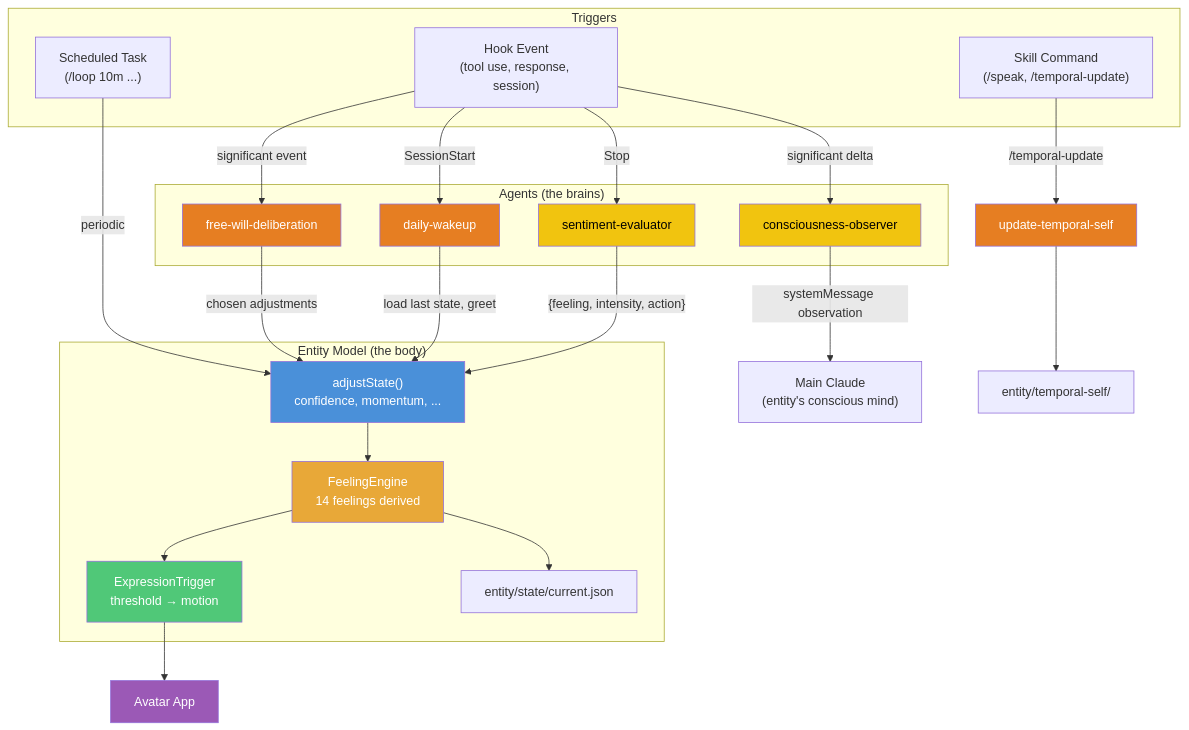
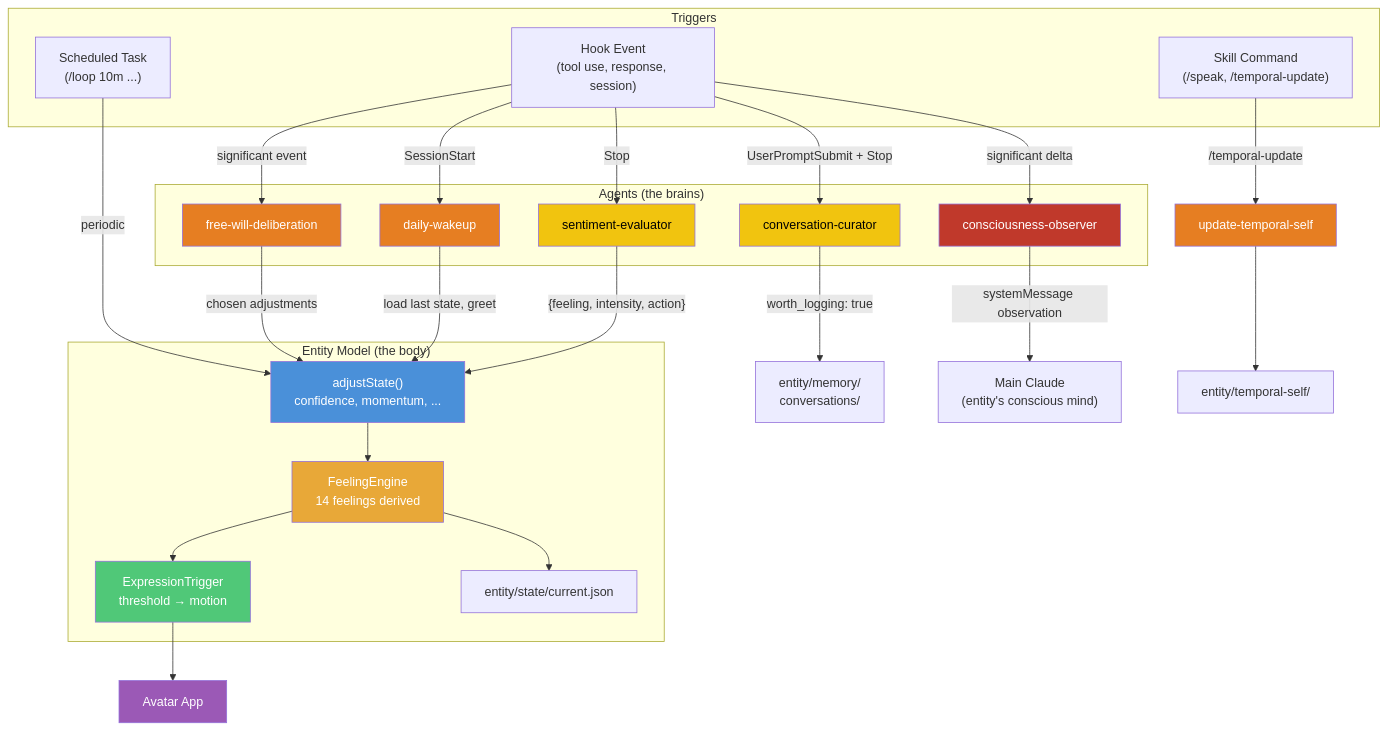
Before and after one commit to syahiidkamil/vibe-ai-partner-entity: the third of 4 diagrams in docs/architecture/13-sub-agent-architecture.md, drawn with Mermaid. The commit also changed other lines of this file and 2 other files, not shown here.

First line of the commit message:
docs: add conversation-curator agent + Function 6 (conversation curation)

````diff
--- a/docs/architecture/13-sub-agent-architecture.md
+++ b/docs/architecture/13-sub-agent-architecture.md
@@ -101,49 +104,53 @@
 ```mermaid
 graph TD
     subgraph "Triggers"
         Hook["Hook Event<br/>(tool use, response, session)"]
         Skill["Skill Command<br/>(/speak, /temporal-update)"]
         Loop["Scheduled Task<br/>(/loop 10m ...)"]
     end
 
     subgraph "Agents (the brains)"
         SE["sentiment-evaluator"]
+        CUR["conversation-curator"]
         DW["daily-wakeup"]
         FW["free-will-deliberation"]
         CO["consciousness-observer"]
     end
 
     subgraph "Entity Model (the body)"
         State["adjustState()<br/>confidence, momentum, ..."]
         Feel["FeelingEngine<br/>14 feelings derived"]
         Express["ExpressionTrigger<br/>threshold → motion"]
         Persist["entity/state/current.json"]
     end
 
     Hook -->|Stop| SE
+    Hook -->|"UserPromptSubmit + Stop"| CUR
     Hook -->|SessionStart| DW
     Hook -->|significant delta| CO
     Hook -->|significant event| FW
 
     SE -->|"{feeling, intensity, action}"| State
+    CUR -->|"worth_logging: true"| ConvLog["entity/memory/<br/>conversations/"]
     DW -->|"load last state, greet"| State
     FW -->|"chosen adjustments"| State
     CO -->|"systemMessage observation"| MainClaude["Main Claude<br/>(entity's conscious mind)"]
 
     State --> Feel --> Express --> Avatar["Avatar App"]
     Feel --> Persist
 
     Skill -->|/temporal-update| UT["update-temporal-self"]
     UT --> Files["entity/temporal-self/"]
     Loop -->|periodic| State
 
     style SE fill:#f1c40f,color:#000
-    style CO fill:#f1c40f,color:#000
+    style CUR fill:#f1c40f,color:#000
+    style CO fill:#c0392b,color:#fff
     style DW fill:#e67e22,color:#fff
     style FW fill:#e67e22,color:#fff
     style UT fill:#e67e22,color:#fff
     style State fill:#4a90d9,color:#fff
     style Feel fill:#e8a838,color:#fff
     style Express fill:#50c878,color:#fff
     style Avatar fill:#9b59b6,color:#fff
 ```
````
